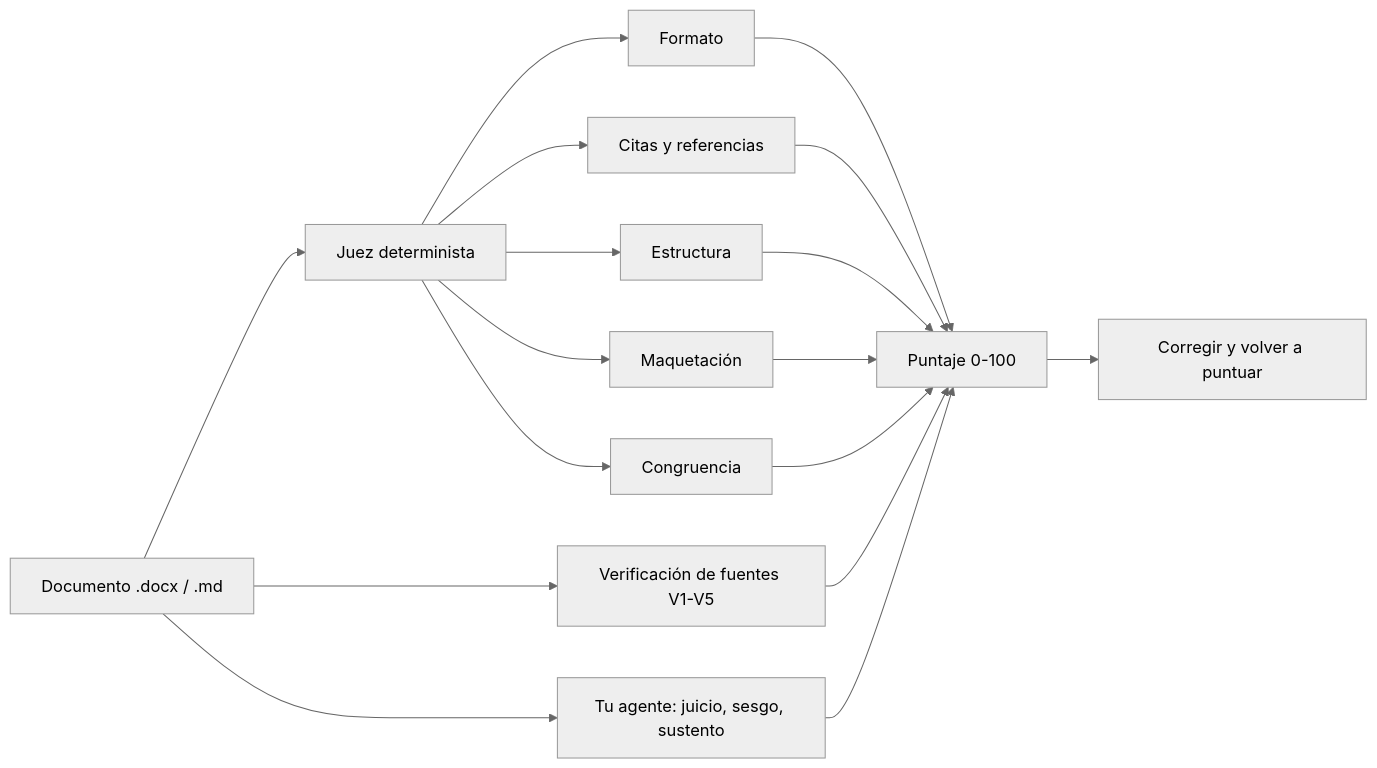
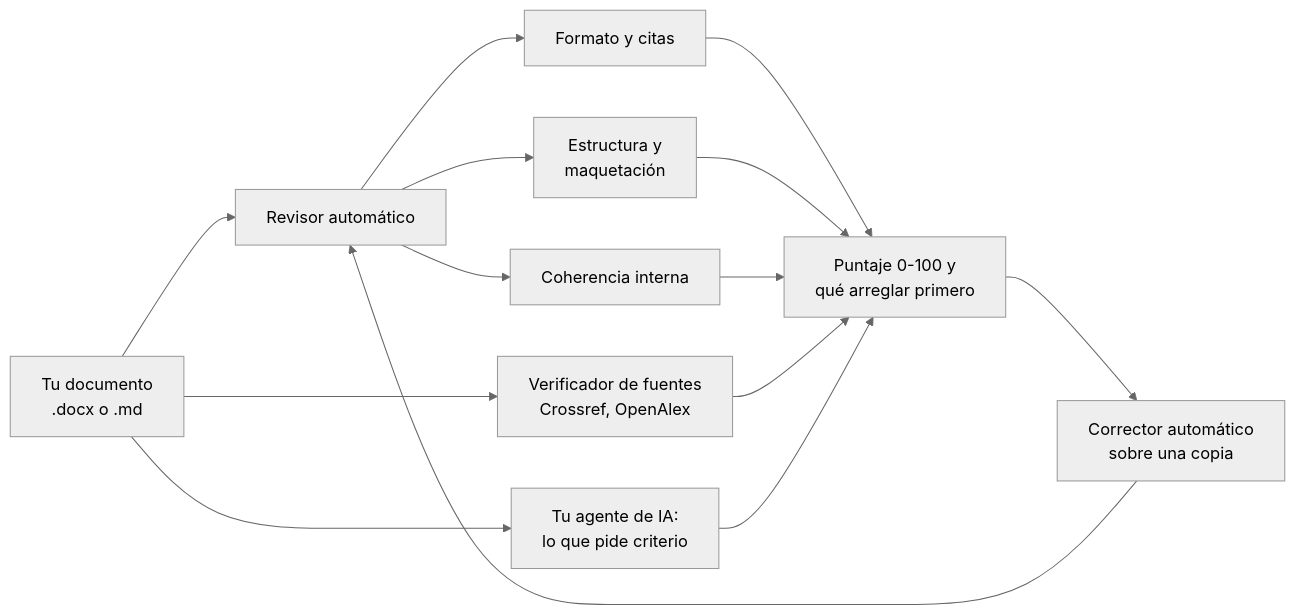
The diagram in README.md (Xavier82h8/editorial-academica), drawn with Mermaid (neutral theme) before and after one commit. The commit also changed other lines of this file and 15 other files, not shown here.

````diff
--- a/README.md
+++ b/README.md
@@ -113,11 +122,10 @@
 ```mermaid
 flowchart LR
-    D[Documento .docx / .md] --> J[Juez determinista]
-    J --> F[Formato] & C[Citas y referencias] & E[Estructura] & M[Maquetación] & G[Congruencia]
-    D --> V[Verificación de fuentes V1-V5]
-    D --> A[Tu agente: juicio, sesgo, sustento]
-    F & C & E & M & G --> P[Puntaje 0-100]
-    V --> P
-    A --> P
-    P --> K[Corregir y volver a puntuar]
+    D[Tu documento<br/>.docx o .md] --> J[Revisor automático]
+    J --> F[Formato y citas] & E[Estructura y<br/>maquetación] & G[Coherencia interna]
+    D --> V[Verificador de fuentes<br/>Crossref, OpenAlex]
+    D --> A[Tu agente de IA:<br/>lo que pide criterio]
+    F & E & G & V & A --> P[Puntaje 0-100 y<br/>qué arreglar primero]
+    P --> K[Corrector automático<br/>sobre una copia]
+    K --> J
 ```
````
